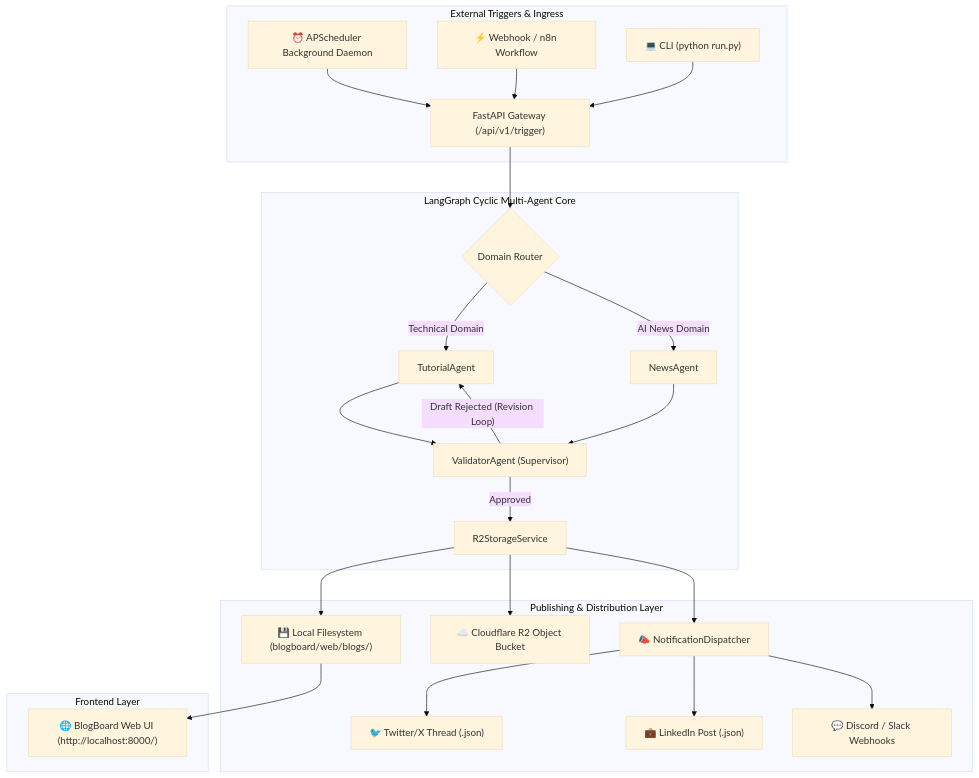
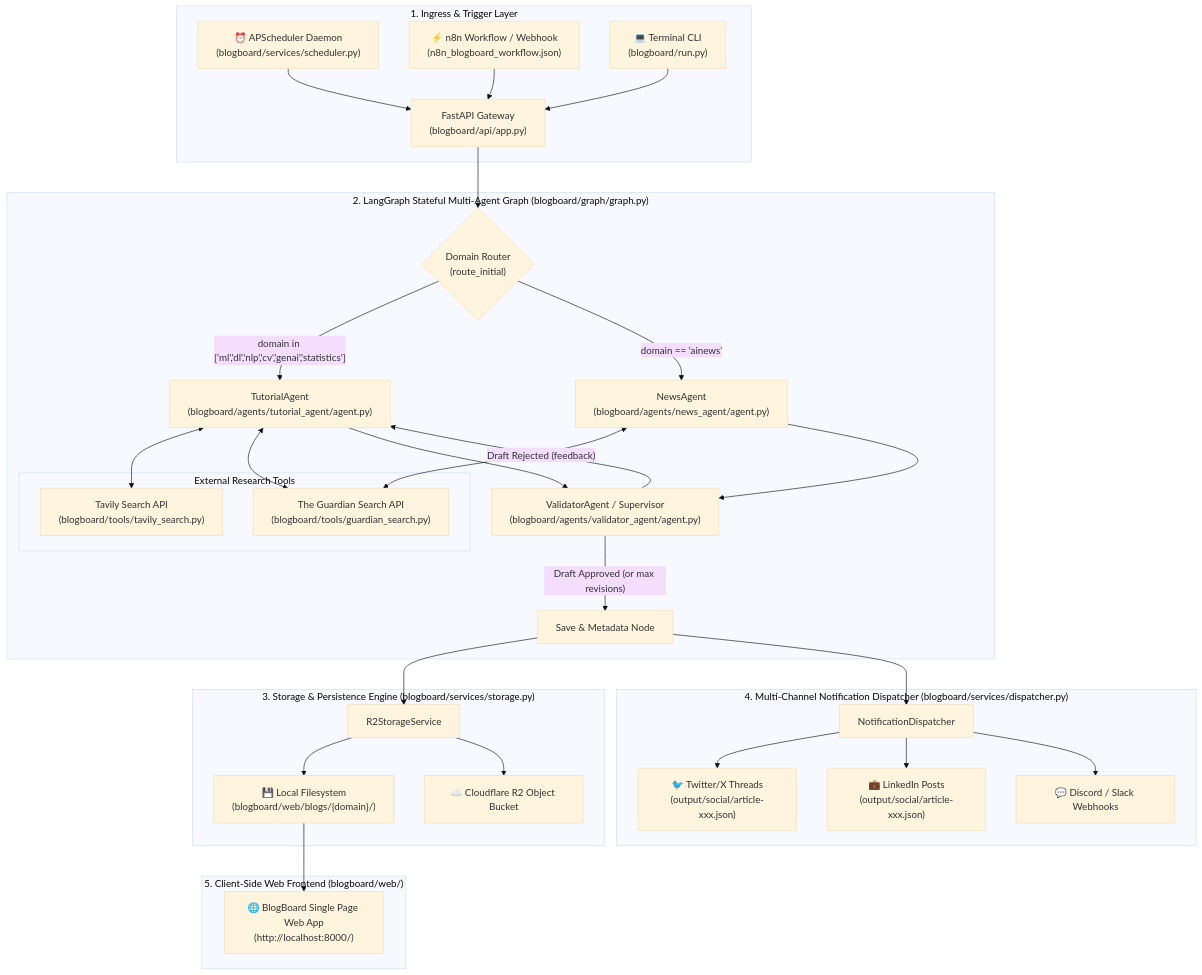
Before and after one commit to sutraveshashank/AgenticBlog-Engine: the diagram in README.md, drawn with Mermaid (base theme). The commit also changed other lines of this file, not shown here.

Commit message:
docs: add file-level system architecture, BlogState schema, and component mapping table

````diff
--- a/README.md
+++ b/README.md
@@ -48,31 +50,46 @@
 ```mermaid
 graph TD
-    subgraph "External Triggers & Ingress"
-        A1["⏰ APScheduler Background Daemon"] --> B["FastAPI Gateway (/api/v1/trigger)"]
-        A2["⚡ Webhook / n8n Workflow"] --> B
-        A3["💻 CLI (python run.py)"] --> B
+    subgraph "1. Ingress & Trigger Layer"
+        T1["⏰ APScheduler Daemon<br/>(blogboard/services/scheduler.py)"] --> API["FastAPI Gateway<br/>(blogboard/api/app.py)"]
+        T2["⚡ n8n Workflow / Webhook<br/>(n8n_blogboard_workflow.json)"] --> API
+        T3["💻 Terminal CLI<br/>(blogboard/run.py)"] --> API
     end
 
-    subgraph "LangGraph Cyclic Multi-Agent Core"
-        B --> C{"Domain Router"}
-        C -- "Technical Domain" --> D["TutorialAgent"]
-        C -- "AI News Domain" --> E["NewsAgent"]
-        D --> F["ValidatorAgent (Supervisor)"]
-        E --> F
-        F -- "Draft Rejected (Revision Loop)" --> D
-        F -- "Approved" --> G["R2StorageService"]
+    subgraph "2. LangGraph Stateful Multi-Agent Graph (blogboard/graph/graph.py)"
+        API --> ROUTER{"Domain Router<br/>(route_initial)"}
+        ROUTER -- "domain in ['ml','dl','nlp','cv','genai','statistics']" --> TUTORIAL["TutorialAgent<br/>(blogboard/agents/tutorial_agent/agent.py)"]
+        ROUTER -- "domain == 'ainews'" --> NEWS["NewsAgent<br/>(blogboard/agents/news_agent/agent.py)"]
+        
+        subgraph "External Research Tools"
+            TOOL1["Tavily Search API<br/>(blogboard/tools/tavily_search.py)"]
+            TOOL2["The Guardian Search API<br/>(blogboard/tools/guardian_search.py)"]
+        end
+        
+        TUTORIAL <--> TOOL1
+        TUTORIAL <--> TOOL2
+        NEWS <--> TOOL2
+
+        TUTORIAL --> VALIDATOR["ValidatorAgent / Supervisor<br/>(blogboard/agents/validator_agent/agent.py)"]
+        NEWS --> VALIDATOR
+
+        VALIDATOR -- "Draft Rejected (feedback)" --> TUTORIAL
+        VALIDATOR -- "Draft Approved (or max revisions)" --> SAVE_NODE["Save & Metadata Node"]
     end
 
-    subgraph "Publishing & Distribution Layer"
-        G --> H["💾 Local Filesystem (blogboard/web/blogs/)"]
-        G --> I["☁️ Cloudflare R2 Object Bucket"]
-        G --> J["📣 NotificationDispatcher"]
-        J --> K["🐦 Twitter/X Thread (.json)"]
-        J --> L["💼 LinkedIn Post (.json)"]
-        J --> M["💬 Discord / Slack Webhooks"]
+    subgraph "3. Storage & Persistence Engine (blogboard/services/storage.py)"
+        SAVE_NODE --> STORAGE["R2StorageService"]
+        STORAGE --> LOCAL["💾 Local Filesystem<br/>(blogboard/web/blogs/{domain}/)"]
+        STORAGE --> R2["☁️ Cloudflare R2 Object Bucket"]
     end
 
-    subgraph "Frontend Layer"
-        H --> N["🌐 BlogBoard Web UI (http://localhost:8000/)"]
+    subgraph "4. Multi-Channel Notification Dispatcher (blogboard/services/dispatcher.py)"
+        SAVE_NODE --> DISPATCHER["NotificationDispatcher"]
+        DISPATCHER --> TWITTER["🐦 Twitter/X Threads<br/>(output/social/article-xxx.json)"]
+        DISPATCHER --> LINKEDIN["💼 LinkedIn Posts<br/>(output/social/article-xxx.json)"]
+        DISPATCHER --> WEBHOOKS["💬 Discord / Slack Webhooks"]
+    end
+
+    subgraph "5. Client-Side Web Frontend (blogboard/web/)"
+        LOCAL --> WEB_UI["🌐 BlogBoard Single Page Web App<br/>(http://localhost:8000/)"]
     end
 ```
````
